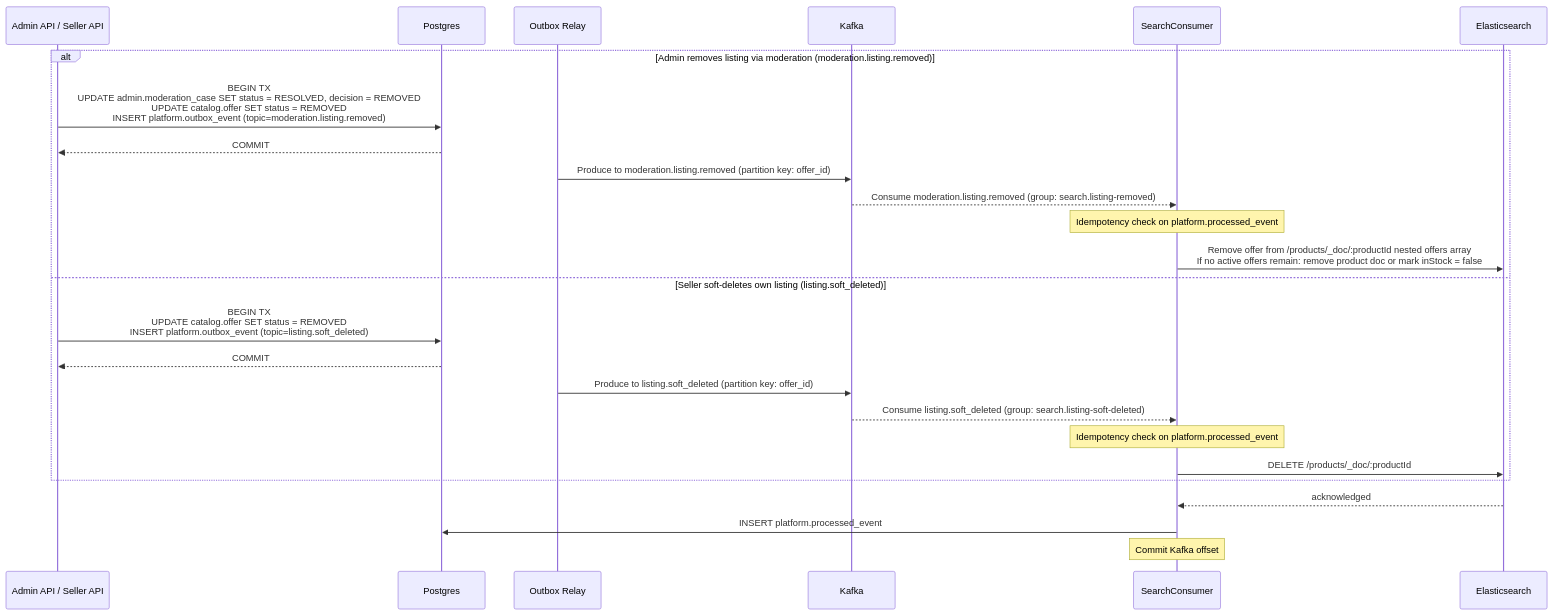
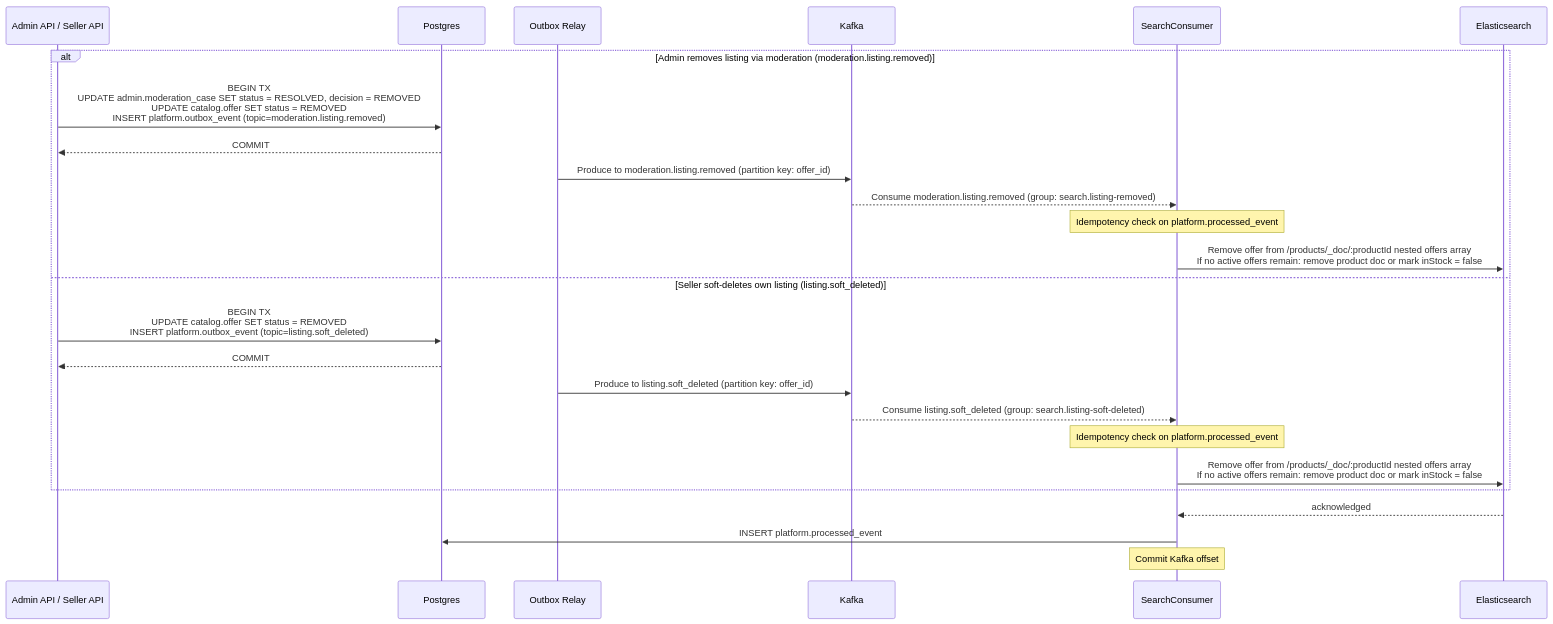
The sixth of 7 diagrams in phase-1/technical-design/api-design/search.md (alisa-uthi/aliceut-ecom-document), drawn with Mermaid before and after one commit. The commit also changed 19 other files, not shown here.

````diff
--- a/phase-1/technical-design/api-design/search.md
+++ b/phase-1/technical-design/api-design/search.md
@@ -285,28 +285,28 @@
 ```mermaid
 sequenceDiagram
     participant Source as Admin API / Seller API
     participant Postgres
     participant Relay as Outbox Relay
     participant Kafka
     participant Consumer as SearchConsumer
     participant ES as Elasticsearch
 
     alt Admin removes listing via moderation (moderation.listing.removed)
         Source->>Postgres: BEGIN TX<br/>UPDATE admin.moderation_case SET status = RESOLVED, decision = REMOVED<br/>UPDATE catalog.offer SET status = REMOVED<br/>INSERT platform.outbox_event (topic=moderation.listing.removed)
         Postgres-->>Source: COMMIT
         Relay->>Kafka: Produce to moderation.listing.removed (partition key: offer_id)
         Kafka-->>Consumer: Consume moderation.listing.removed (group: search.listing-removed)
         Note over Consumer: Idempotency check on platform.processed_event
         Consumer->>ES: Remove offer from /products/_doc/:productId nested offers array<br/>If no active offers remain: remove product doc or mark inStock = false
     else Seller soft-deletes own listing (listing.soft_deleted)
         Source->>Postgres: BEGIN TX<br/>UPDATE catalog.offer SET status = REMOVED<br/>INSERT platform.outbox_event (topic=listing.soft_deleted)
         Postgres-->>Source: COMMIT
         Relay->>Kafka: Produce to listing.soft_deleted (partition key: offer_id)
         Kafka-->>Consumer: Consume listing.soft_deleted (group: search.listing-soft-deleted)
         Note over Consumer: Idempotency check on platform.processed_event
-        Consumer->>ES: DELETE /products/_doc/:productId
+        Consumer->>ES: Remove offer from /products/_doc/:productId nested offers array<br/>If no active offers remain: remove product doc or mark inStock = false
     end
     ES-->>Consumer: acknowledged
     Consumer->>Postgres: INSERT platform.processed_event
     Note over Consumer: Commit Kafka offset
 ```
````
